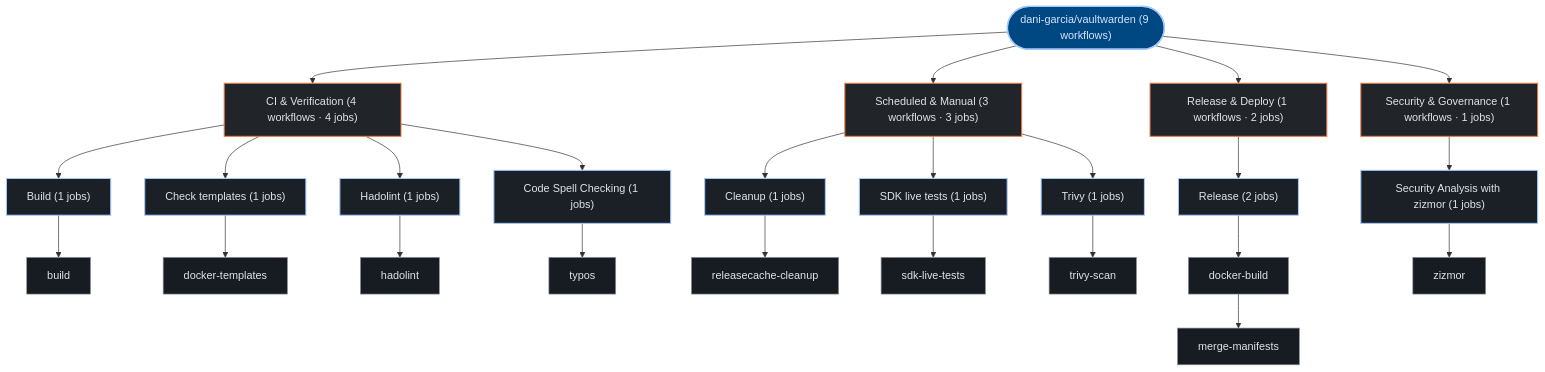
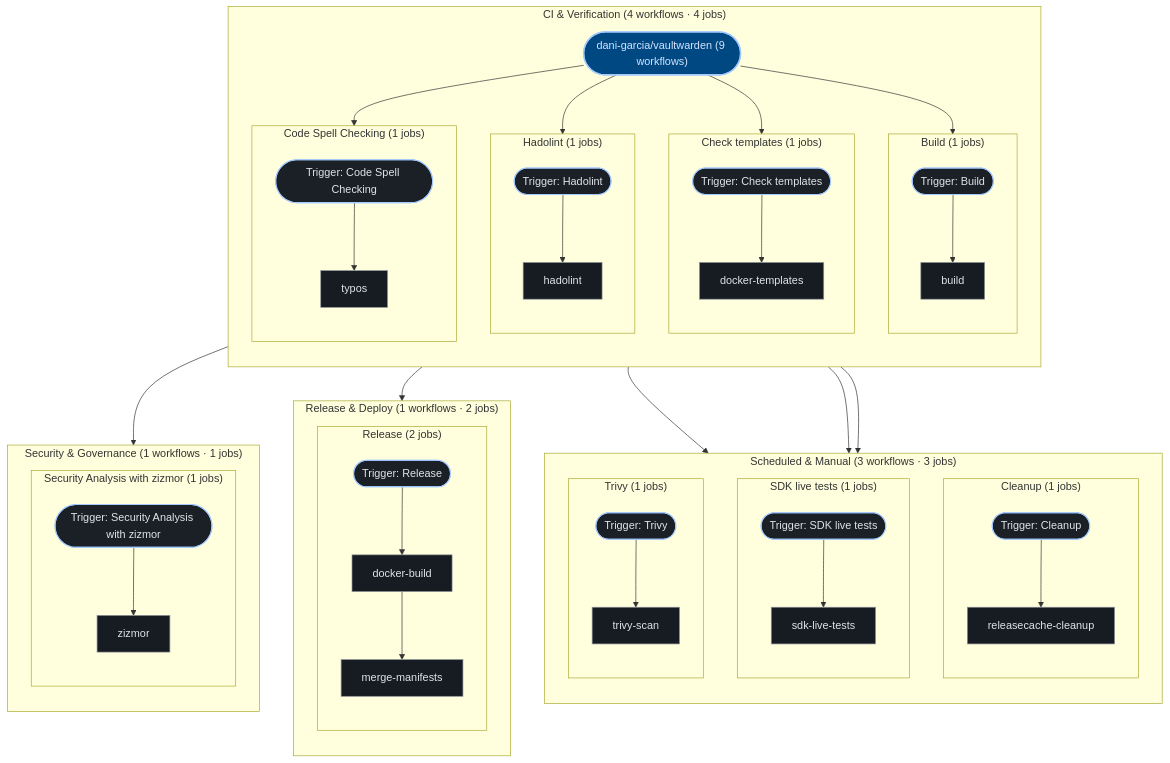
Before and after one commit to kumarshaz/atruss-code-atlas: the third of 3 diagrams in exports/latest/reports/dani-garcia-vaultwarden-report.md, drawn with Mermaid. The commit also changed 181 other files, not shown here.

````diff
--- a/exports/latest/reports/dani-garcia-vaultwarden-report.md
+++ b/exports/latest/reports/dani-garcia-vaultwarden-report.md
@@ -334,50 +334,81 @@
   classDef atlasAlert fill:#93000a,stroke:#ffb4ab,stroke-width:1.5px,color:#ffdad6
   classDef atlasMore fill:#252a31,stroke:#8d9199,stroke-dasharray:4 4,color:#c3c6cf
   pipeline_root(["dani-garcia/vaultwarden (9 workflows)"]):::atlasRoot
-  grp_0_CI___Verification["CI & Verification (4 workflows · 4 jobs)"]:::atlasCategory
-  pipeline_root --> grp_0_CI___Verification
-  wf_0_Build["Build (1 jobs)"]:::atlasWorkflow
-  grp_0_CI___Verification --> wf_0_Build
-  job_0_build["build"]:::atlasJob
-  wf_0_Build --> job_0_build
-  wf_1_Check_templates["Check templates (1 jobs)"]:::atlasWorkflow
-  grp_0_CI___Verification --> wf_1_Check_templates
-  job_1_docker_templates["docker-templates"]:::atlasJob
-  wf_1_Check_templates --> job_1_docker_templates
-  wf_2_Hadolint["Hadolint (1 jobs)"]:::atlasWorkflow
-  grp_0_CI___Verification --> wf_2_Hadolint
-  job_2_hadolint["hadolint"]:::atlasJob
-  wf_2_Hadolint --> job_2_hadolint
-  wf_7_Code_Spell_Checking["Code Spell Checking (1 jobs)"]:::atlasWorkflow
-  grp_0_CI___Verification --> wf_7_Code_Spell_Checking
-  job_7_typos["typos"]:::atlasJob
-  wf_7_Code_Spell_Checking --> job_7_typos
-  grp_1_Scheduled___Manual["Scheduled & Manual (3 workflows · 3 jobs)"]:::atlasCategory
-  pipeline_root --> grp_1_Scheduled___Manual
-  wf_4_Cleanup["Cleanup (1 jobs)"]:::atlasWorkflow
-  grp_1_Scheduled___Manual --> wf_4_Cleanup
-  job_4_releasecache_cleanup["releasecache-cleanup"]:::atlasJob
-  wf_4_Cleanup --> job_4_releasecache_cleanup
-  wf_5_SDK_live_tests["SDK live tests (1 jobs)"]:::atlasWorkflow
-  grp_1_Scheduled___Manual --> wf_5_SDK_live_tests
-  job_5_sdk_live_tests["sdk-live-tests"]:::atlasJob
-  wf_5_SDK_live_tests --> job_5_sdk_live_tests
-  wf_6_Trivy["Trivy (1 jobs)"]:::atlasWorkflow
-  grp_1_Scheduled___Manual --> wf_6_Trivy
-  job_6_trivy_scan["trivy-scan"]:::atlasJob
-  wf_6_Trivy --> job_6_trivy_scan
-  grp_2_Release___Deploy["Release & Deploy (1 workflows · 2 jobs)"]:::atlasCategory
-  pipeline_root --> grp_2_Release___Deploy
-  wf_3_Release["Release (2 jobs)"]:::atlasWorkflow
-  grp_2_Release___Deploy --> wf_3_Release
-  job_3_docker_build["docker-build"]:::atlasJob
-  job_3_merge_manifests["merge-manifests"]:::atlasJob
-  wf_3_Release --> job_3_docker_build
-  job_3_docker_build --> job_3_merge_manifests
-  grp_3_Security___Governance["Security & Governance (1 workflows · 1 jobs)"]:::atlasCategory
-  pipeline_root --> grp_3_Security___Governance
-  wf_8_Security_Analysis_with_zizmor["Security Analysis with zizmor (1 jobs)"]:::atlasWorkflow
-  grp_3_Security___Governance --> wf_8_Security_Analysis_with_zizmor
-  job_8_zizmor["zizmor"]:::atlasJob
-  wf_8_Security_Analysis_with_zizmor --> job_8_zizmor
+  subgraph sg_grp_0_CI___Verification["CI & Verification (4 workflows · 4 jobs)"]
+    direction TB
+    subgraph sg_wf_0_Build["Build (1 jobs)"]
+      direction TB
+      wf_0_Build(["Trigger: Build"]):::atlasWorkflow
+      job_0_build["build"]:::atlasJob
+      wf_0_Build --> job_0_build
+    end
+    pipeline_root --> wf_0_Build
+    subgraph sg_wf_1_Check_templates["Check templates (1 jobs)"]
+      direction TB
+      wf_1_Check_templates(["Trigger: Check templates"]):::atlasWorkflow
+      job_1_docker_templates["docker-templates"]:::atlasJob
+      wf_1_Check_templates --> job_1_docker_templates
+    end
+    pipeline_root --> wf_1_Check_templates
+    subgraph sg_wf_2_Hadolint["Hadolint (1 jobs)"]
+      direction TB
+      wf_2_Hadolint(["Trigger: Hadolint"]):::atlasWorkflow
+      job_2_hadolint["hadolint"]:::atlasJob
+      wf_2_Hadolint --> job_2_hadolint
+    end
+    pipeline_root --> wf_2_Hadolint
+    subgraph sg_wf_7_Code_Spell_Checking["Code Spell Checking (1 jobs)"]
+      direction TB
+      wf_7_Code_Spell_Checking(["Trigger: Code Spell Checking"]):::atlasWorkflow
+      job_7_typos["typos"]:::atlasJob
+      wf_7_Code_Spell_Checking --> job_7_typos
+    end
+    pipeline_root --> wf_7_Code_Spell_Checking
+  end
+  subgraph sg_grp_1_Scheduled___Manual["Scheduled & Manual (3 workflows · 3 jobs)"]
+    direction TB
+    subgraph sg_wf_4_Cleanup["Cleanup (1 jobs)"]
+      direction TB
+      wf_4_Cleanup(["Trigger: Cleanup"]):::atlasWorkflow
+      job_4_releasecache_cleanup["releasecache-cleanup"]:::atlasJob
+      wf_4_Cleanup --> job_4_releasecache_cleanup
+    end
+    pipeline_root --> wf_4_Cleanup
+    subgraph sg_wf_5_SDK_live_tests["SDK live tests (1 jobs)"]
+      direction TB
+      wf_5_SDK_live_tests(["Trigger: SDK live tests"]):::atlasWorkflow
+      job_5_sdk_live_tests["sdk-live-tests"]:::atlasJob
+      wf_5_SDK_live_tests --> job_5_sdk_live_tests
+    end
+    pipeline_root --> wf_5_SDK_live_tests
+    subgraph sg_wf_6_Trivy["Trivy (1 jobs)"]
+      direction TB
+      wf_6_Trivy(["Trigger: Trivy"]):::atlasWorkflow
+      job_6_trivy_scan["trivy-scan"]:::atlasJob
+      wf_6_Trivy --> job_6_trivy_scan
+    end
+    pipeline_root --> wf_6_Trivy
+  end
+  subgraph sg_grp_2_Release___Deploy["Release & Deploy (1 workflows · 2 jobs)"]
+    direction TB
+    subgraph sg_wf_3_Release["Release (2 jobs)"]
+      direction TB
+      wf_3_Release(["Trigger: Release"]):::atlasWorkflow
+      job_3_docker_build["docker-build"]:::atlasJob
+      job_3_merge_manifests["merge-manifests"]:::atlasJob
+      wf_3_Release --> job_3_docker_build
+      job_3_docker_build --> job_3_merge_manifests
+    end
+    pipeline_root --> wf_3_Release
+  end
+  subgraph sg_grp_3_Security___Governance["Security & Governance (1 workflows · 1 jobs)"]
+    direction TB
+    subgraph sg_wf_8_Security_Analysis_with_zizmor["Security Analysis with zizmor (1 jobs)"]
+      direction TB
+      wf_8_Security_Analysis_with_zizmor(["Trigger: Security Analysis with zizmor"]):::atlasWorkflow
+      job_8_zizmor["zizmor"]:::atlasJob
+      wf_8_Security_Analysis_with_zizmor --> job_8_zizmor
+    end
+    pipeline_root --> wf_8_Security_Analysis_with_zizmor
+  end
 ```
````
